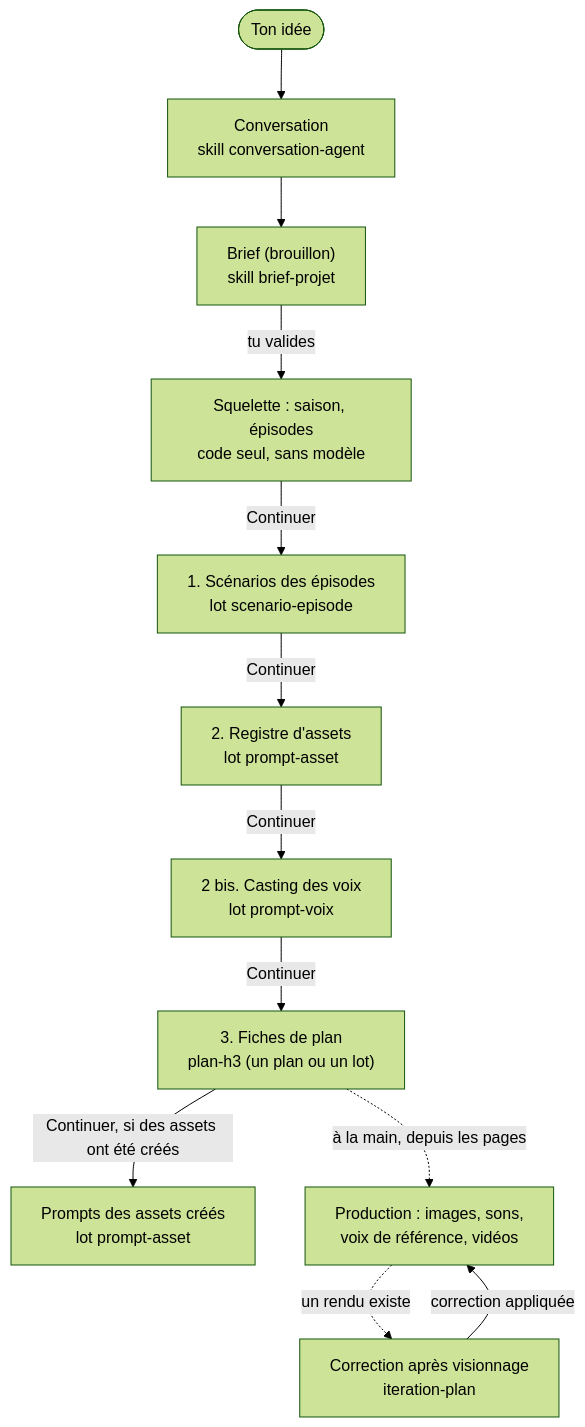
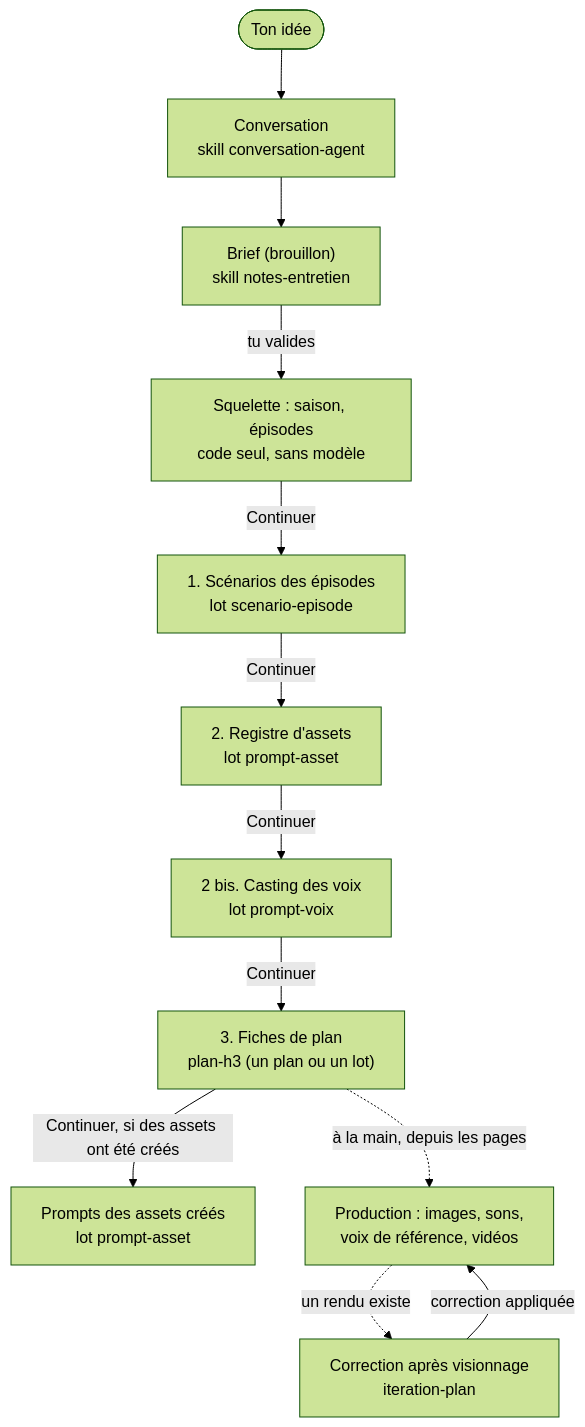
One commit to Hifumisama/Cadence changed the diagram in docs/guide/vue-d-ensemble.md. Above: the diagram before and after it, drawn with Mermaid (forest theme). The commit also changed other lines of this file and 13 other files, not shown here.

Commit message:
Skills et docs : corrections de notes-entretien, scenario-episode, inventaire-assets, accroche-scenariste ; CLAUDE.md et FRICTIONS à jour

````diff
--- a/docs/guide/vue-d-ensemble.md
+++ b/docs/guide/vue-d-ensemble.md
@@ -14,14 +14,14 @@
 ```mermaid
 flowchart TD
   idee([Ton idée]) --> conv["Conversation<br/>skill conversation-agent"]
-  conv --> brief["Brief (brouillon)<br/>skill brief-projet"]
+  conv --> brief["Brief (brouillon)<br/>skill notes-entretien"]
   brief -->|tu valides| sq["Squelette : saison, épisodes<br/>code seul, sans modèle"]
   sq -->|Continuer| sc["1. Scénarios des épisodes<br/>lot scenario-episode"]
   sc -->|Continuer| reg["2. Registre d'assets<br/>lot prompt-asset"]
   reg -->|Continuer| vx["2 bis. Casting des voix<br/>lot prompt-voix"]
   vx -->|Continuer| fi["3. Fiches de plan<br/>plan-h3 (un plan ou un lot)"]
   fi -->|Continuer, si des assets ont été créés| pa["Prompts des assets créés<br/>lot prompt-asset"]
   fi -.->|à la main, depuis les pages| prod["Production : images, sons,<br/>voix de référence, vidéos"]
   prod -.->|un rendu existe| it["Correction après visionnage<br/>iteration-plan"]
   it -->|correction appliquée| prod
 ```
````
